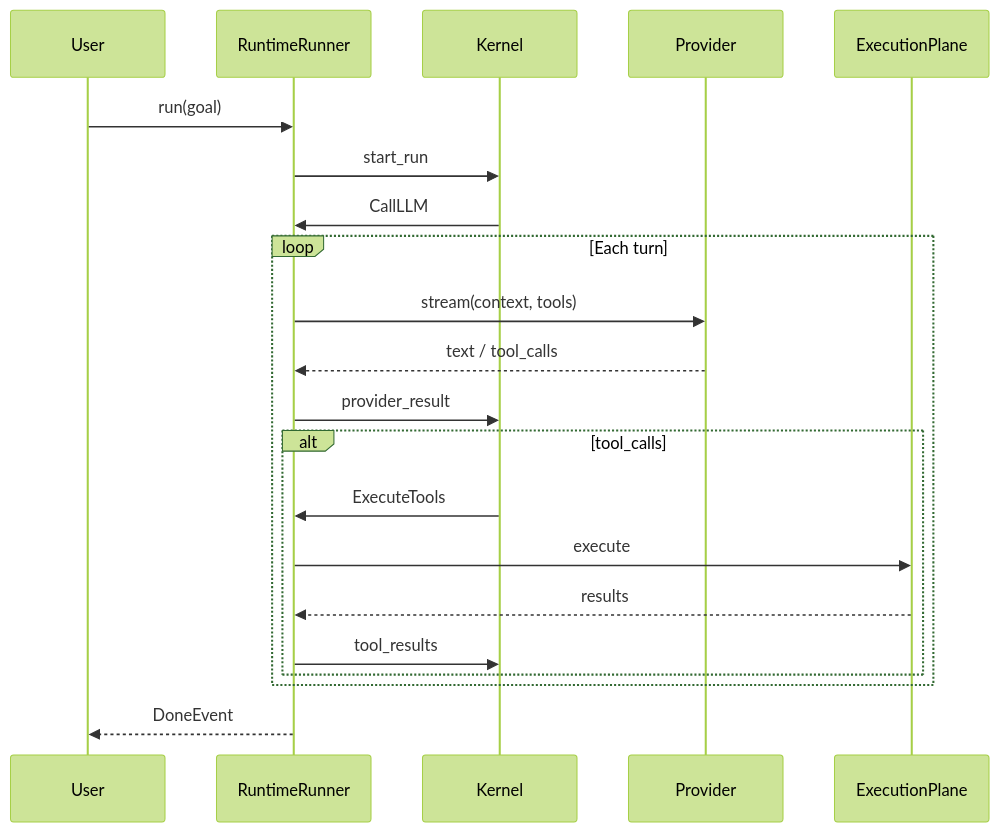
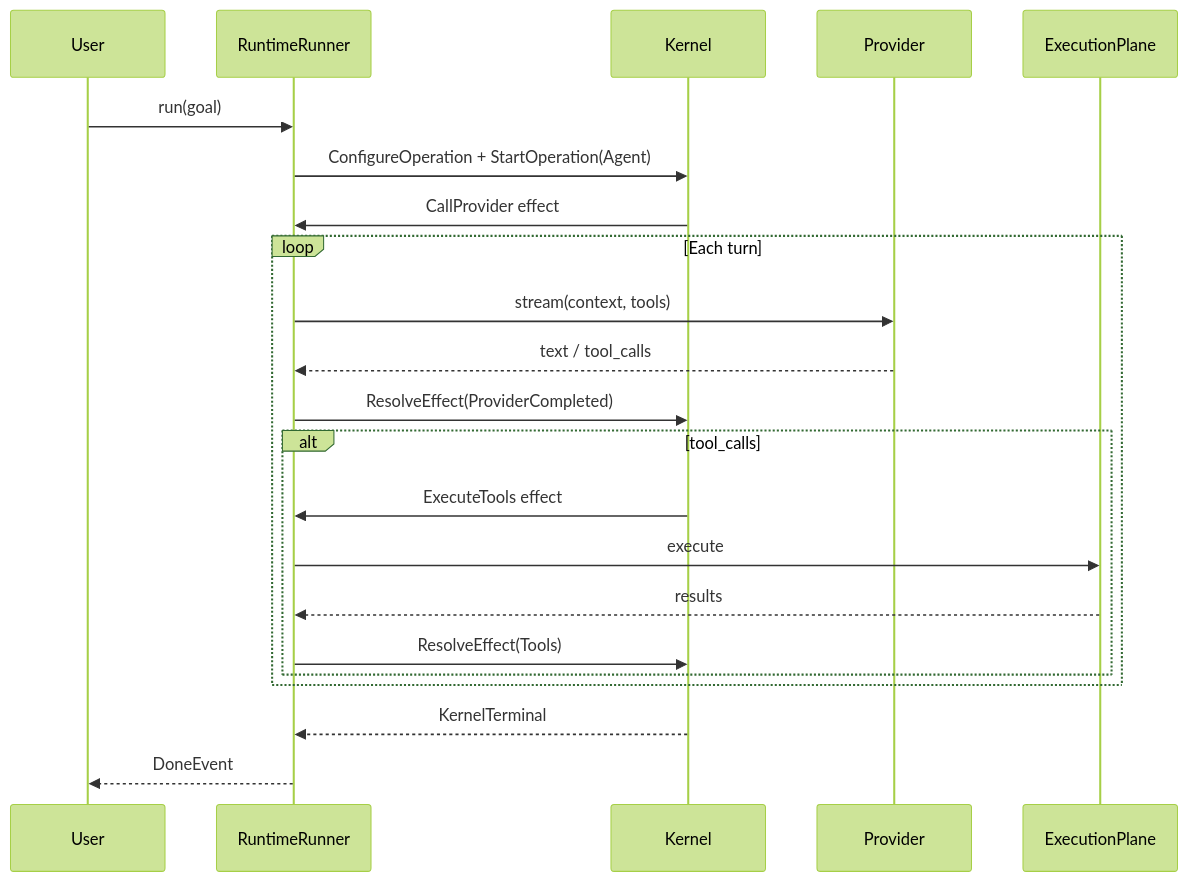
The diagram in docs/en/architecture/execution-model.md (kongusen/deepstrike), drawn with Mermaid (forest theme) before and after one commit. The commit also changed other lines of this file and 290 other files, not shown here.

````diff
--- a/docs/en/architecture/execution-model.md
+++ b/docs/en/architecture/execution-model.md
@@ -15,26 +16,27 @@
 ```mermaid
 sequenceDiagram
     participant User
     participant SDK as RuntimeRunner
     participant K as Kernel
     participant LLM as Provider
     participant Tools as ExecutionPlane
 
     User->>SDK: run(goal)
-    SDK->>K: start_run
-    K->>SDK: CallLLM
+    SDK->>K: ConfigureOperation + StartOperation(Agent)
+    K->>SDK: CallProvider effect
 
     loop Each turn
         SDK->>LLM: stream(context, tools)
         LLM-->>SDK: text / tool_calls
-        SDK->>K: provider_result
+        SDK->>K: ResolveEffect(ProviderCompleted)
         alt tool_calls
-            K->>SDK: ExecuteTools
+            K->>SDK: ExecuteTools effect
             SDK->>Tools: execute
             Tools-->>SDK: results
-            SDK->>K: tool_results
+            SDK->>K: ResolveEffect(Tools)
         end
     end
 
+    K-->>SDK: KernelTerminal
     SDK-->>User: DoneEvent
 ```
````
